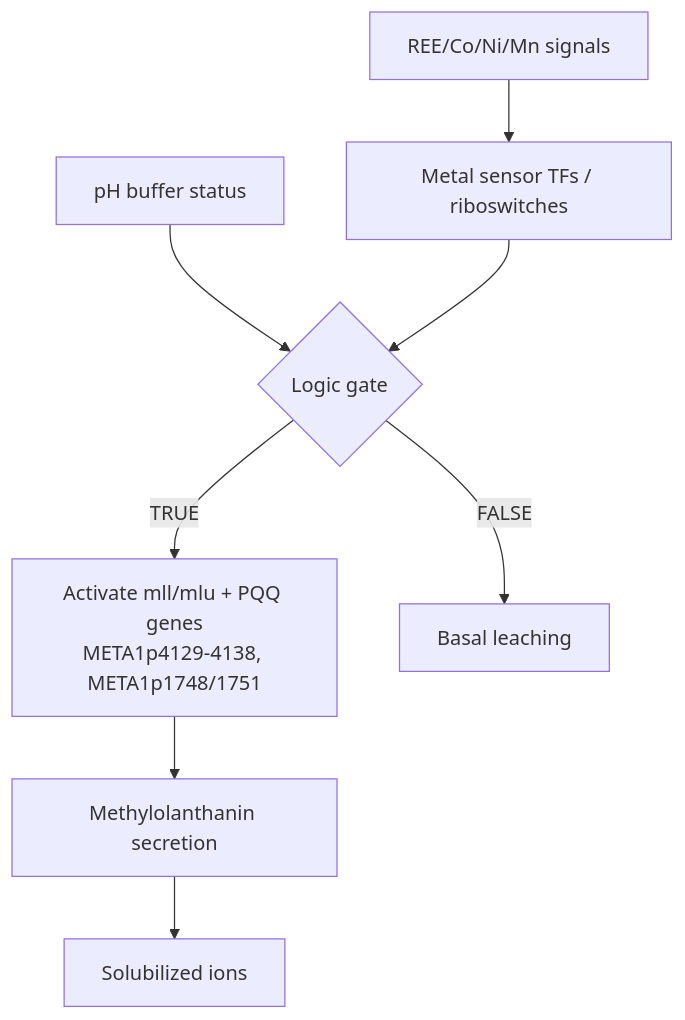
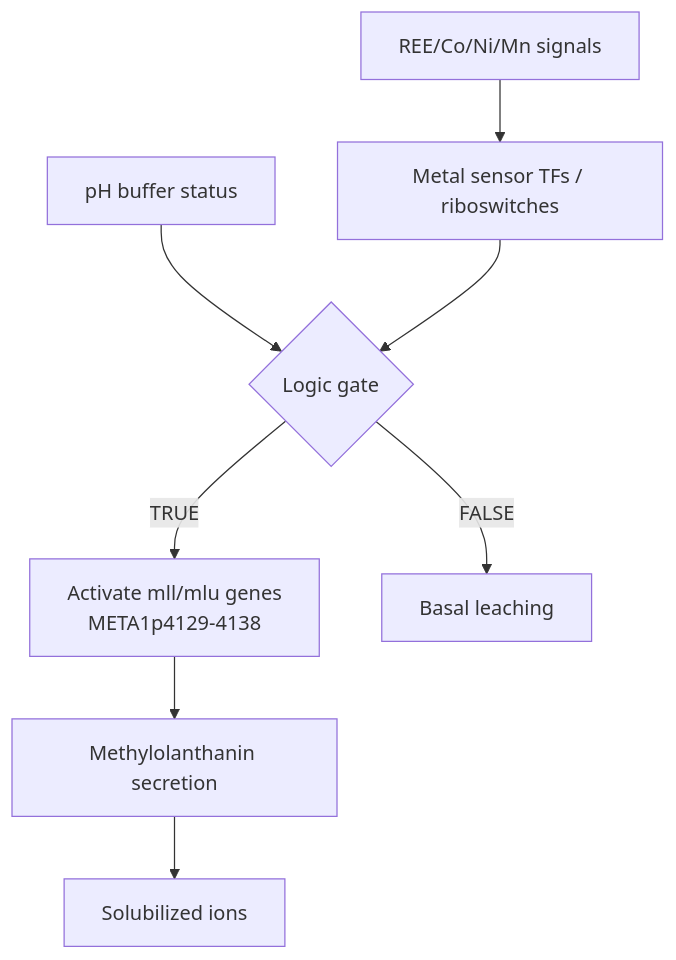
The first of 4 diagrams in projects/REE.md (ai4curation/ai-gene-review), drawn with Mermaid before and after one commit. The commit also changed other lines of this file and 495 other files, not shown here.

````diff
--- a/projects/REE.md
+++ b/projects/REE.md
@@ -108,10 +130,10 @@
 ```mermaid
 flowchart TD
   A[REE/Co/Ni/Mn signals] --> B[Metal sensor TFs / riboswitches]
   C[pH buffer status] --> D{Logic gate}
   B --> D
-  D -->|TRUE| E[Activate mll/mlu + PQQ genes<br/>META1p4129-4138, META1p1748/1751]
+  D -->|TRUE| E[Activate mll/mlu genes<br/>META1p4129-4138]
   D -->|FALSE| F[Basal leaching]
   E --> G[Methylolanthanin secretion]
   G --> H[Solubilized ions]
 ```
````
